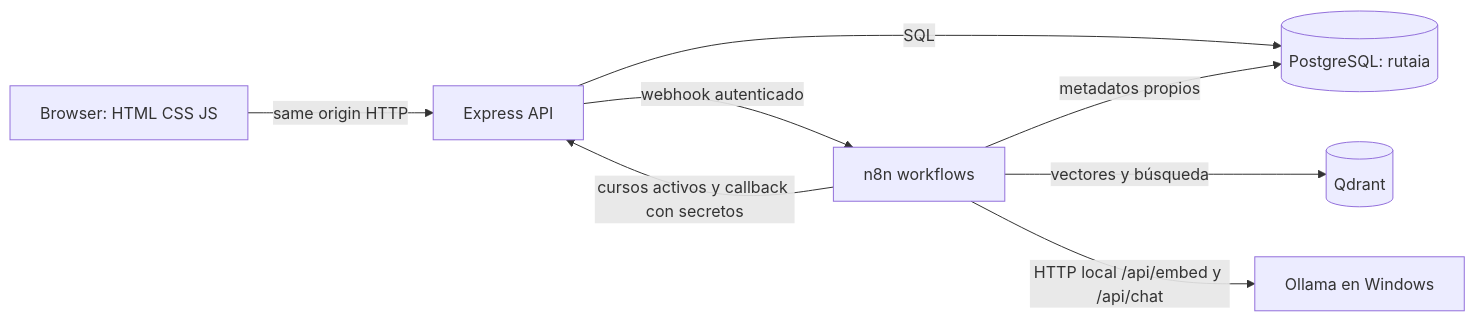
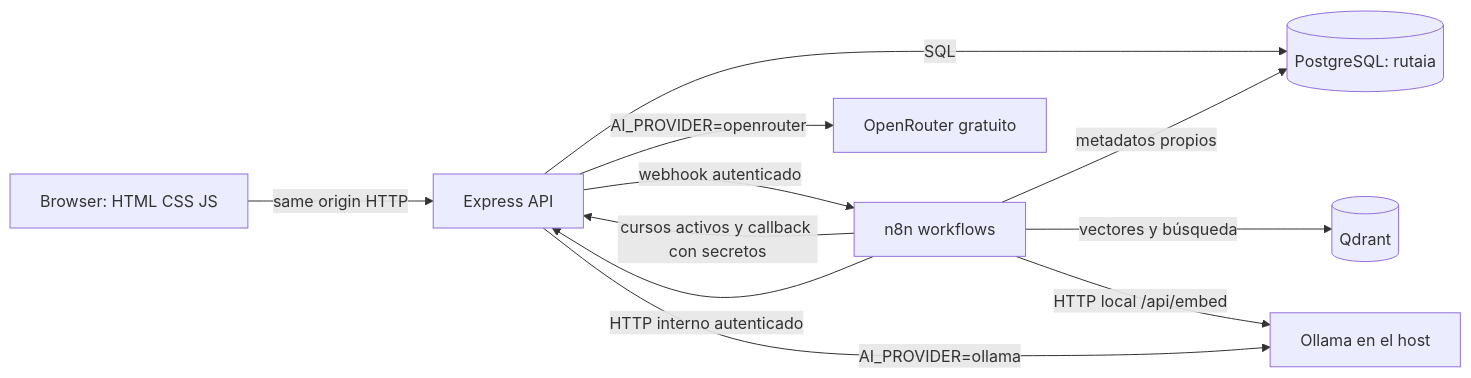
Before and after one commit to TOTO05-a/ruta-ia: the diagram in docs/MANUAL_PROYECTO.md, drawn with Mermaid. The commit also changed other lines of this file and 16 other files, not shown here.

````diff
--- a/docs/MANUAL_PROYECTO.md
+++ b/docs/MANUAL_PROYECTO.md
@@ -57,10 +59,13 @@
 ```mermaid
 flowchart LR
   Browser[Browser: HTML CSS JS] -->|same origin HTTP| API[Express API]
   API -->|SQL| PG[(PostgreSQL: rutaia)]
   API -->|webhook autenticado| N8N[n8n workflows]
   N8N -->|cursos activos y callback con secretos| API
   N8N -->|vectores y búsqueda| Q[(Qdrant)]
-  N8N -->|HTTP local /api/embed y /api/chat| O[Ollama en Windows]
+  N8N -->|HTTP local /api/embed| O[Ollama en el host]
+  N8N -->|HTTP interno autenticado| API
+  API -->|AI_PROVIDER=ollama| O
+  API -->|AI_PROVIDER=openrouter| OR[OpenRouter gratuito]
   N8N -->|metadatos propios| PG
 ```
````
